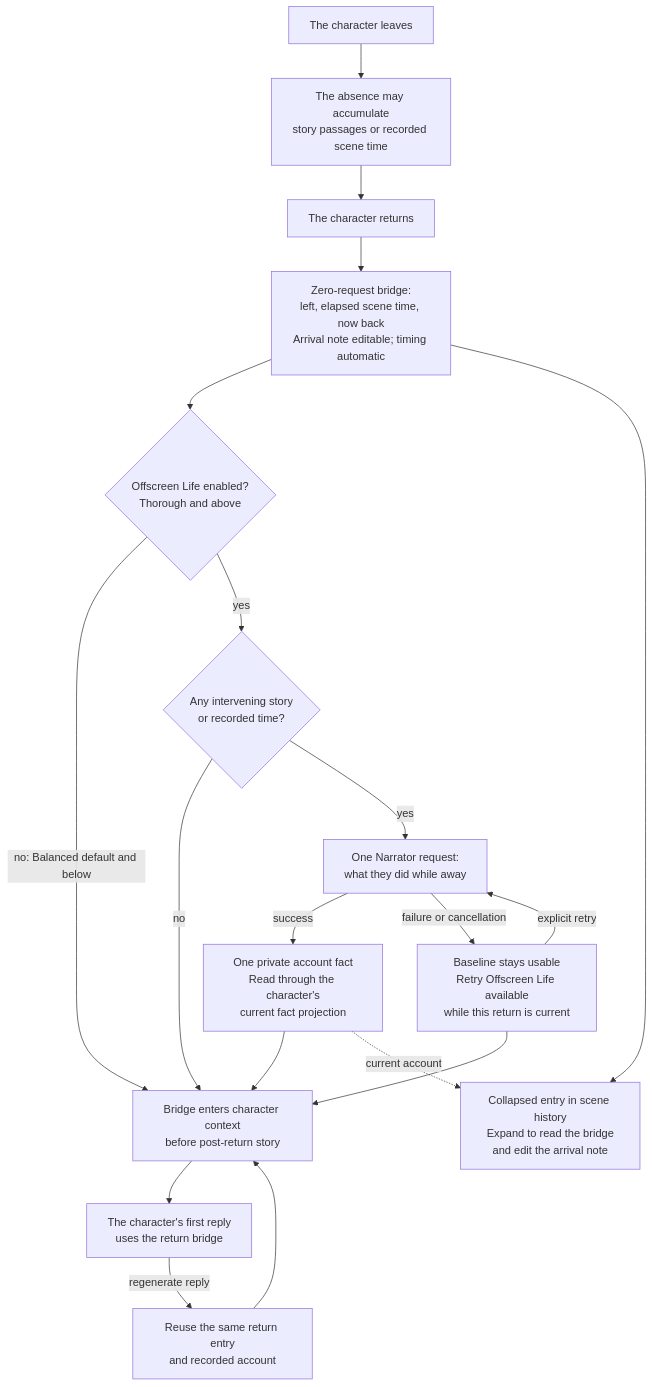
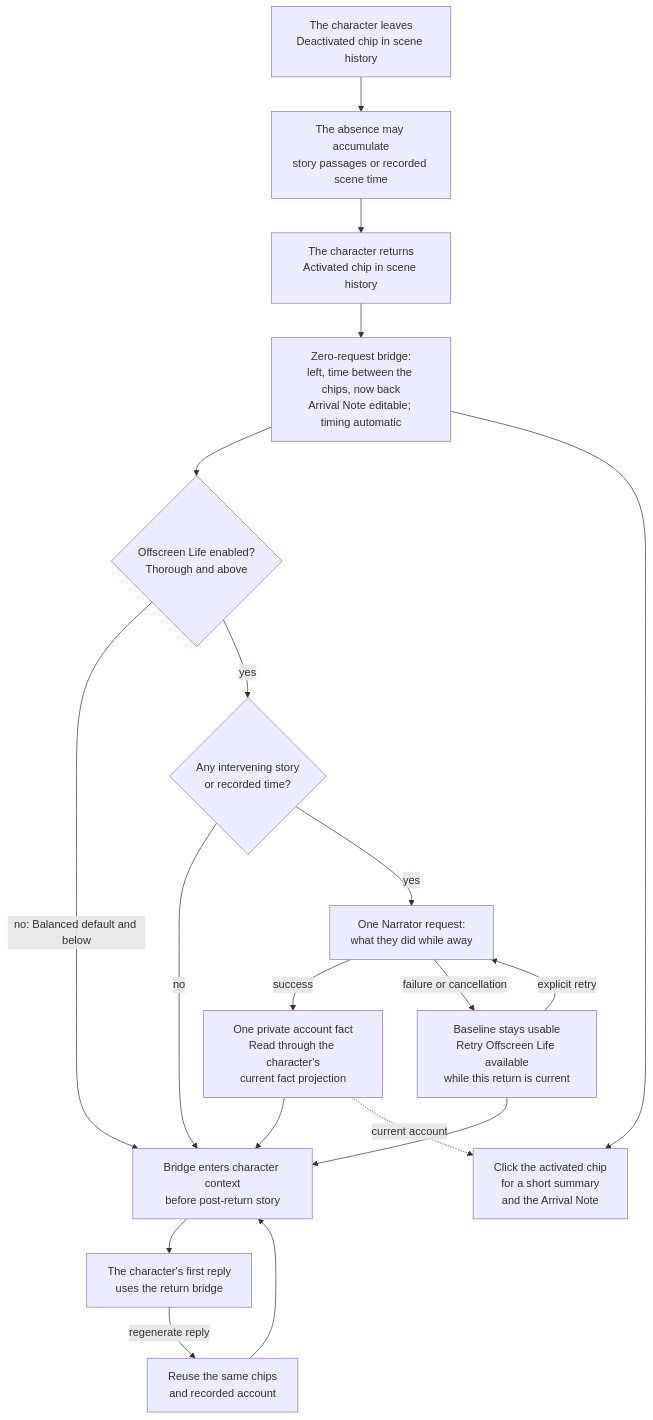
One commit to vegu-ai/talemate changed the first of 6 diagrams in docs/user-guide/world-editor/knowledge-how-it-works.md. Above: the diagram before and after it, drawn with Mermaid. The commit also changed other lines of this file and 20 other files, not shown here.

First line of the commit message:
Character transition chips: activation and deactivation chips, plain summary, debounced Arrival Note, return bridge fixes (#663) (#668)

````diff
--- a/docs/user-guide/world-editor/knowledge-how-it-works.md
+++ b/docs/user-guide/world-editor/knowledge-how-it-works.md
@@ -26,21 +26,21 @@
 ```mermaid
 flowchart TD
-    A["The character leaves"] --> B["The absence may accumulate<br/>story passages or recorded scene time"]
-    B --> C["The character returns"]
-    C --> D["Zero-request bridge:<br/>left, elapsed scene time, now back<br/>Arrival note editable; timing automatic"]
+    A["The character leaves<br/>Deactivated chip in scene history"] --> B["The absence may accumulate<br/>story passages or recorded scene time"]
+    B --> C["The character returns<br/>Activated chip in scene history"]
+    C --> D["Zero-request bridge:<br/>left, time between the chips, now back<br/>Arrival Note editable; timing automatic"]
     D --> E{"Offscreen Life enabled?<br/>Thorough and above"}
     E -- "no: Balanced default and below" --> H["Bridge enters character context<br/>before post-return story"]
     E -- "yes" --> F{"Any intervening story<br/>or recorded time?"}
     F -- "no" --> H
     F -- "yes" --> G["One Narrator request:<br/>what they did while away"]
     G -- "success" --> P["One private account fact<br/>Read through the character's<br/>current fact projection"]
     P --> H
     G -- "failure or cancellation" --> X["Baseline stays usable<br/>Retry Offscreen Life available<br/>while this return is current"]
     X --> H
     X -- "explicit retry" --> G
-    D --> I["Collapsed entry in scene history<br/>Expand to read the bridge<br/>and edit the arrival note"]
+    D --> I["Click the activated chip<br/>for a short summary<br/>and the Arrival Note"]
     P -. "current account" .-> I
     H --> R["The character's first reply<br/>uses the return bridge"]
-    R -- "regenerate reply" --> K["Reuse the same return entry<br/>and recorded account"]
+    R -- "regenerate reply" --> K["Reuse the same chips<br/>and recorded account"]
     K --> H
 ```
````
